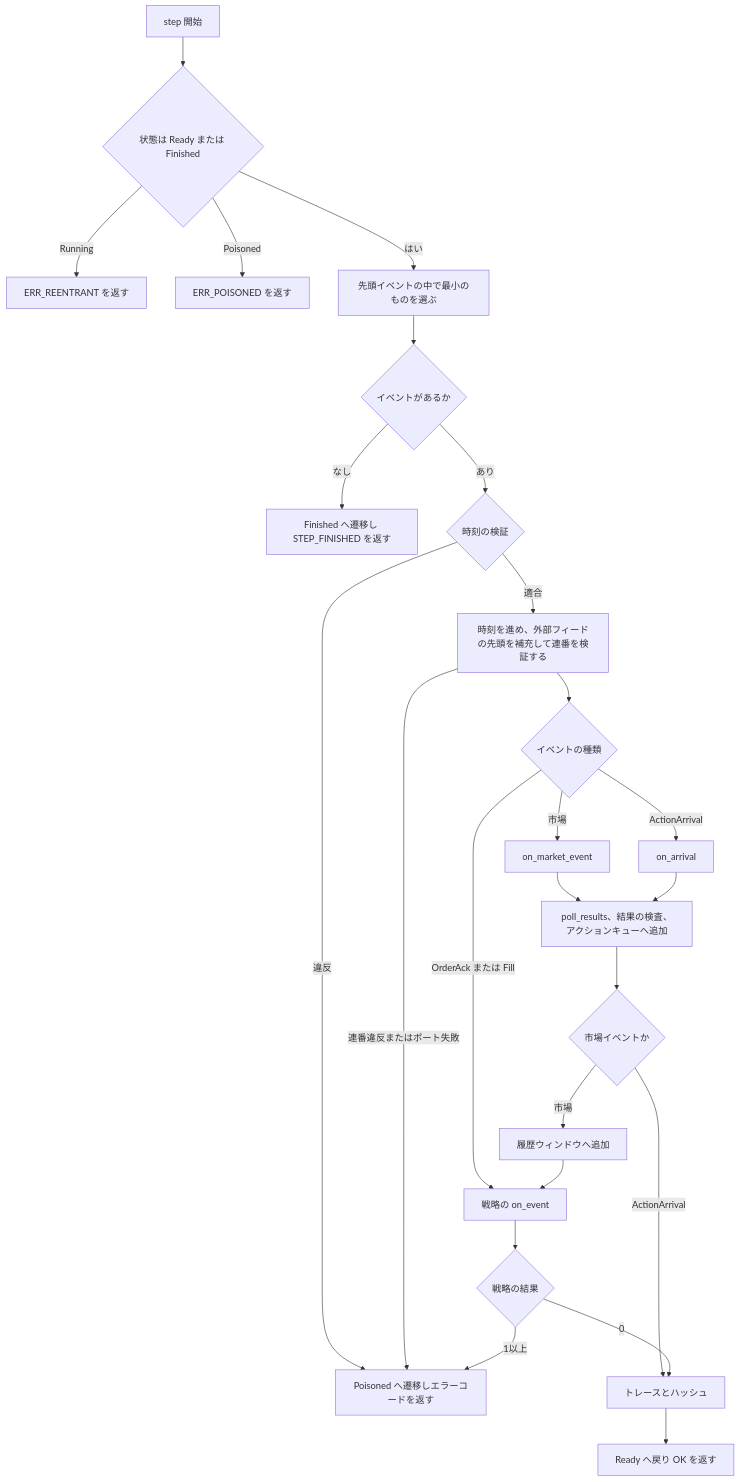
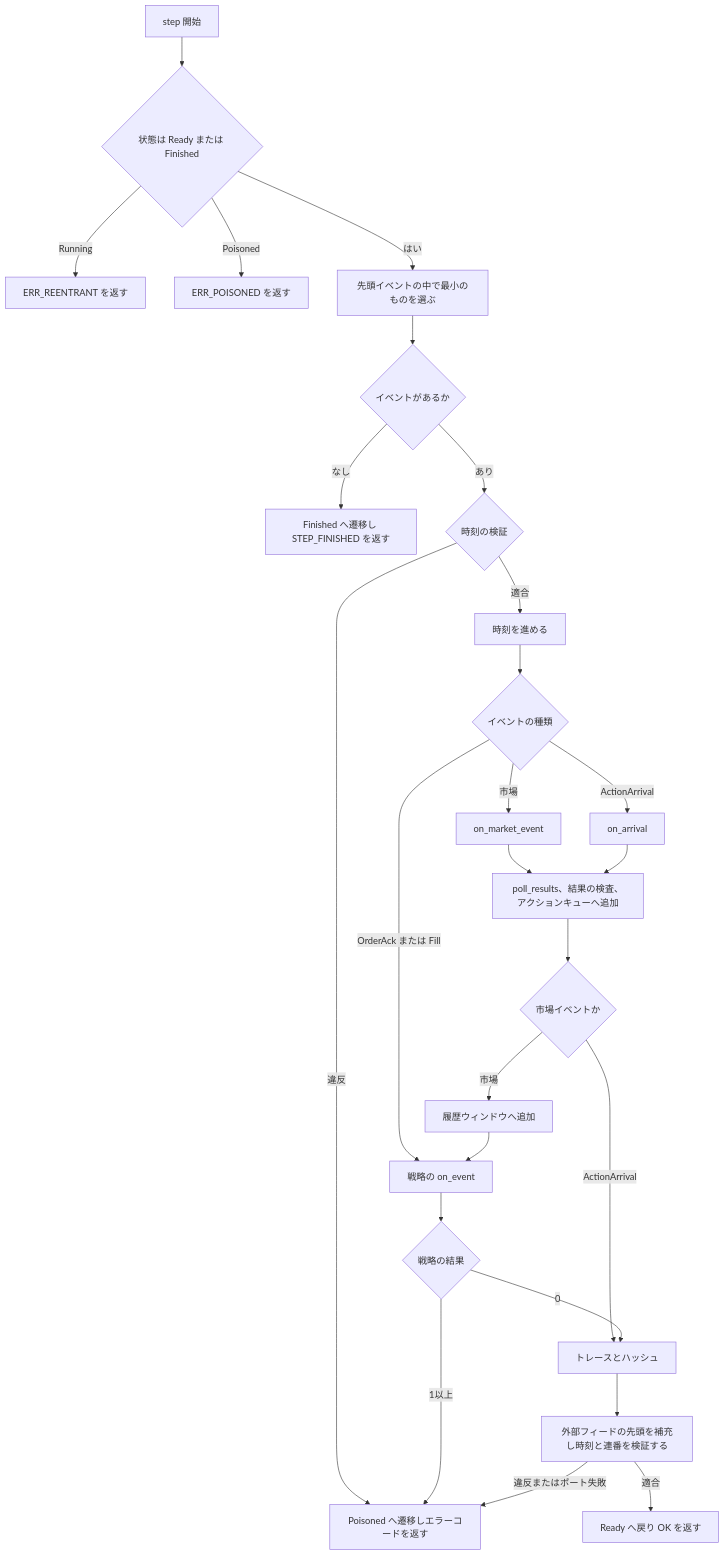
One commit to xzyozi/event_kernel changed the first of 2 diagrams in docs/design/EK-DD-001_カーネルコア詳細設計書.md. Above: the diagram before and after it, drawn with Mermaid. The commit also changed other lines of this file and 1 other file, not shown here.

````diff
--- a/docs/design/EK-DD-001_カーネルコア詳細設計書.md
+++ b/docs/design/EK-DD-001_カーネルコア詳細設計書.md
@@ -359,27 +361,28 @@
 ```mermaid
 flowchart TD
     Start["step 開始"] --> Guard{"状態は Ready または Finished"}
     Guard -->|"Running"| ErrRe["ERR_REENTRANT を返す"]
     Guard -->|"Poisoned"| ErrPo["ERR_POISONED を返す"]
     Guard -->|"はい"| Next["先頭イベントの中で最小のものを選ぶ"]
     Next --> Empty{"イベントがあるか"}
     Empty -->|"なし"| Fin["Finished へ遷移し STEP_FINISHED を返す"]
     Empty -->|"あり"| Causal{"時刻の検証"}
     Causal -->|"違反"| Poison["Poisoned へ遷移しエラーコードを返す"]
-    Causal -->|"適合"| Clock["時刻を進め、外部フィードの先頭を補充して連番を検証する"]
-    Clock -->|"連番違反またはポート失敗"| Poison
+    Causal -->|"適合"| Clock["時刻を進める"]
     Clock --> Kind{"イベントの種類"}
     Kind -->|"市場"| ExecMkt["on_market_event"]
     Kind -->|"ActionArrival"| ExecArr["on_arrival"]
     Kind -->|"OrderAck または Fill"| Notify
     ExecMkt --> Poll["poll_results、結果の検査、アクションキューへ追加"]
     ExecArr --> Poll
     Poll --> Which{"市場イベントか"}
     Which -->|"市場"| Hist["履歴ウィンドウへ追加"]
     Which -->|"ActionArrival"| Trace
     Hist --> Notify["戦略の on_event"]
     Notify --> StratErr{"戦略の結果"}
     StratErr -->|"1以上"| Poison
     StratErr -->|"0"| Trace["トレースとハッシュ"]
-    Trace --> Done["Ready へ戻り OK を返す"]
+    Trace --> Refill["外部フィードの先頭を補充し時刻と連番を検証する"]
+    Refill -->|"違反またはポート失敗"| Poison
+    Refill -->|"適合"| Done["Ready へ戻り OK を返す"]
 ```
````
